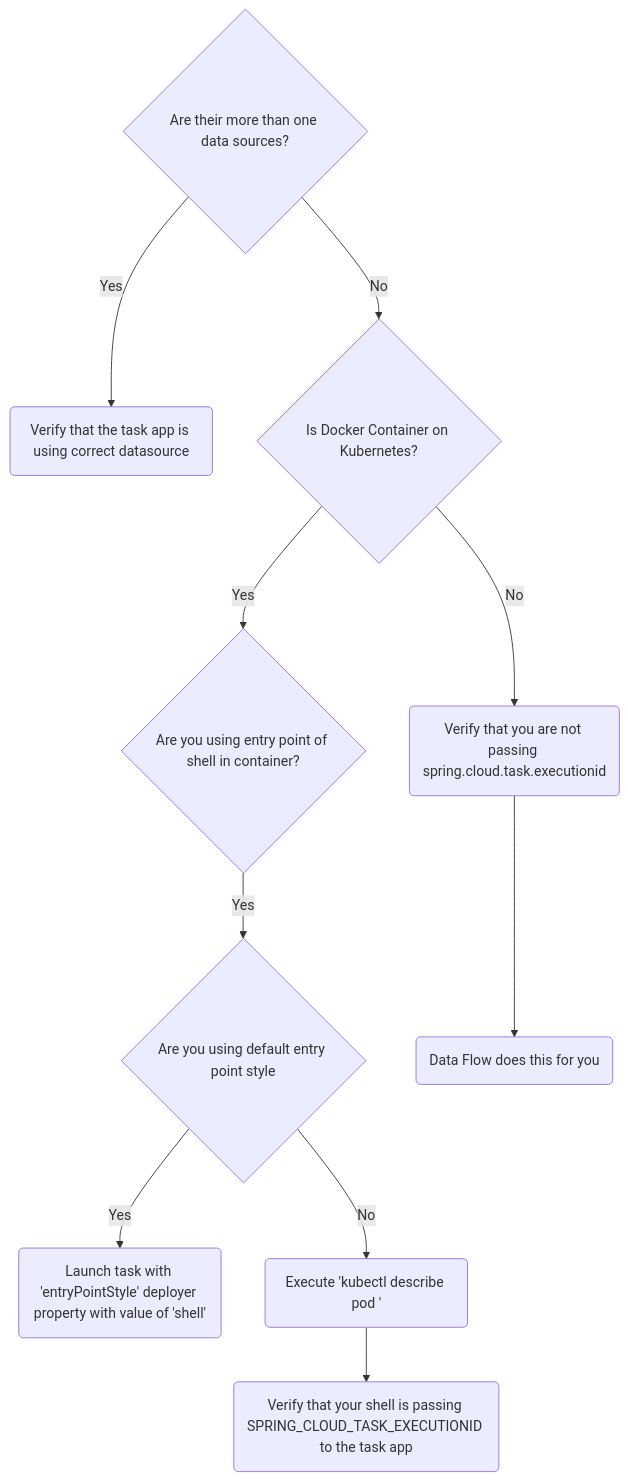
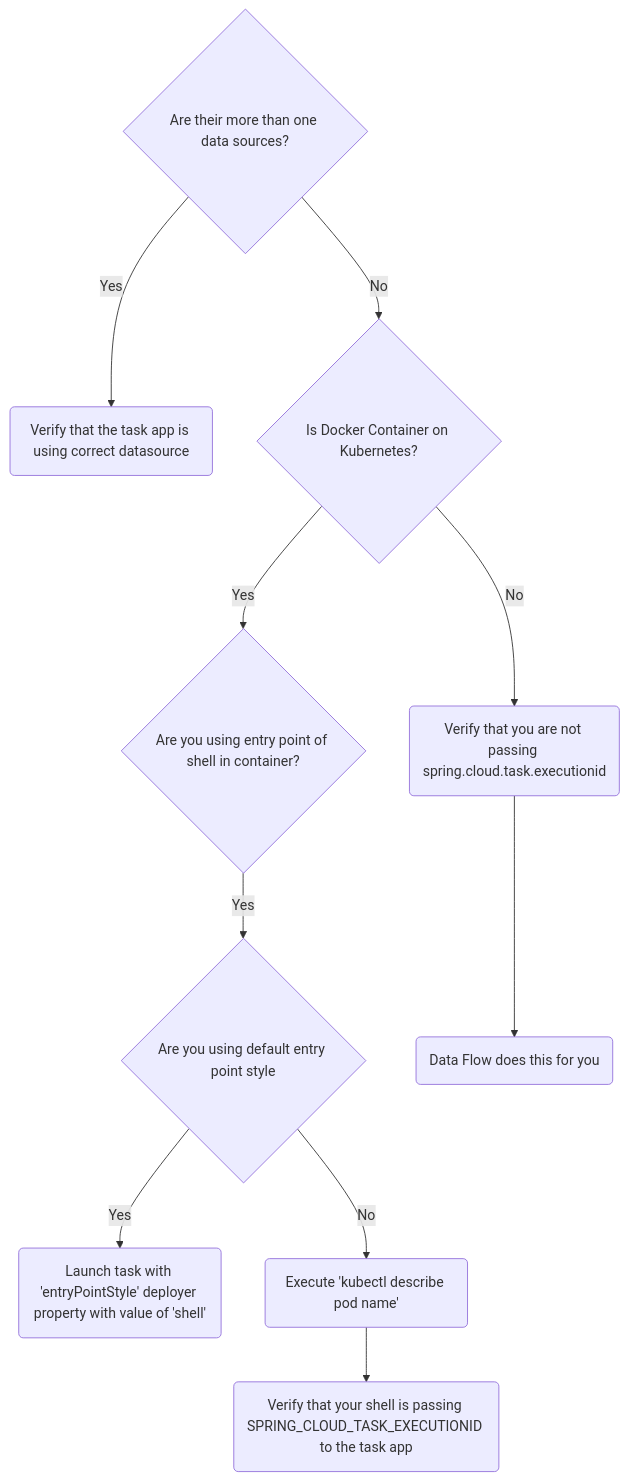
Before and after one commit to spring-io/dataflow.spring.io: the ninth of 10 diagrams in content/documentation/pages/4-batch-developer-guides/4-troubleshooting/2-debugging-scdf-tasks.md, drawn with Mermaid. The commit also changed 3 other files, not shown here.

First line of the commit message:
Fix mermaid rendering

````diff
--- a/content/documentation/pages/4-batch-developer-guides/4-troubleshooting/2-debugging-scdf-tasks.md
+++ b/content/documentation/pages/4-batch-developer-guides/4-troubleshooting/2-debugging-scdf-tasks.md
@@ -174,11 +174,11 @@
 ```mermaid
 graph TD;
     A{Are their more than one data sources?} --> |Yes| D(Verify that the task app is using correct datasource)
     A --> |No| B{Is Docker Container on Kubernetes?}
     B --> |Yes| C{Are you using entry point of shell in container?}
     C --> |Yes| E{Are you using default entry point style}--> |Yes| F(Launch task with 'entryPointStyle' deployer property with value of 'shell')
-    E --> |No| H(Execute 'kubectl describe pod <name>')
+    E --> |No| H(Execute 'kubectl describe pod name')
     H --> I(Verify that your shell is passing SPRING_CLOUD_TASK_EXECUTIONID to the task app)
     B --> |No| J(Verify that you are not passing spring.cloud.task.executionid)
     J --> K(Data Flow does this for you)
 ```
````
